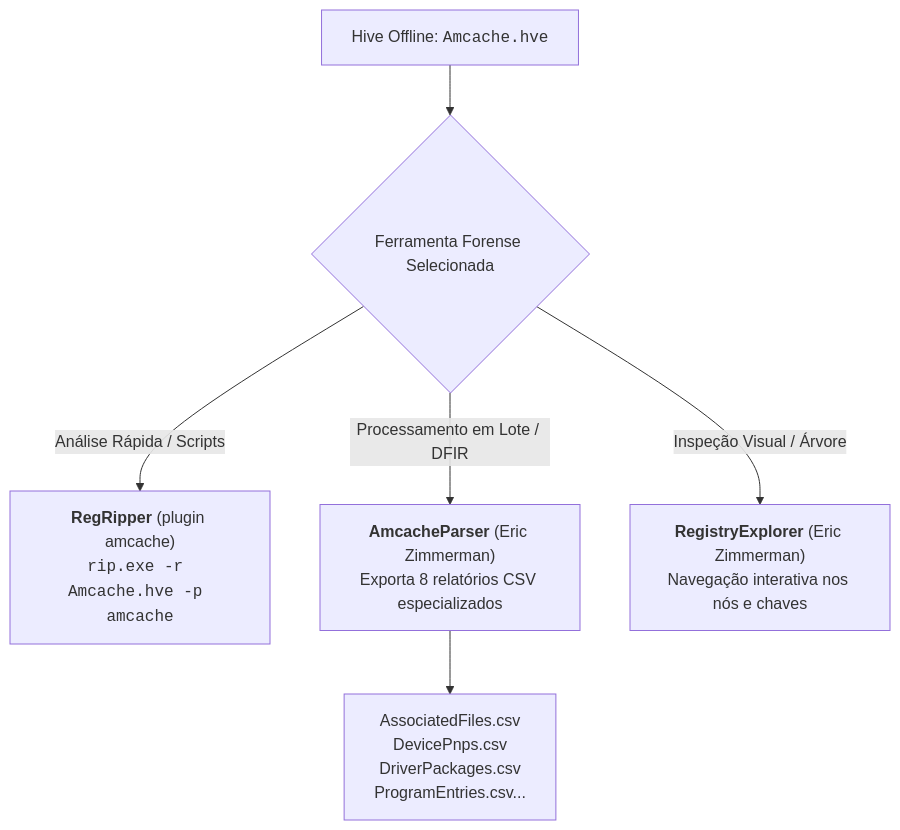
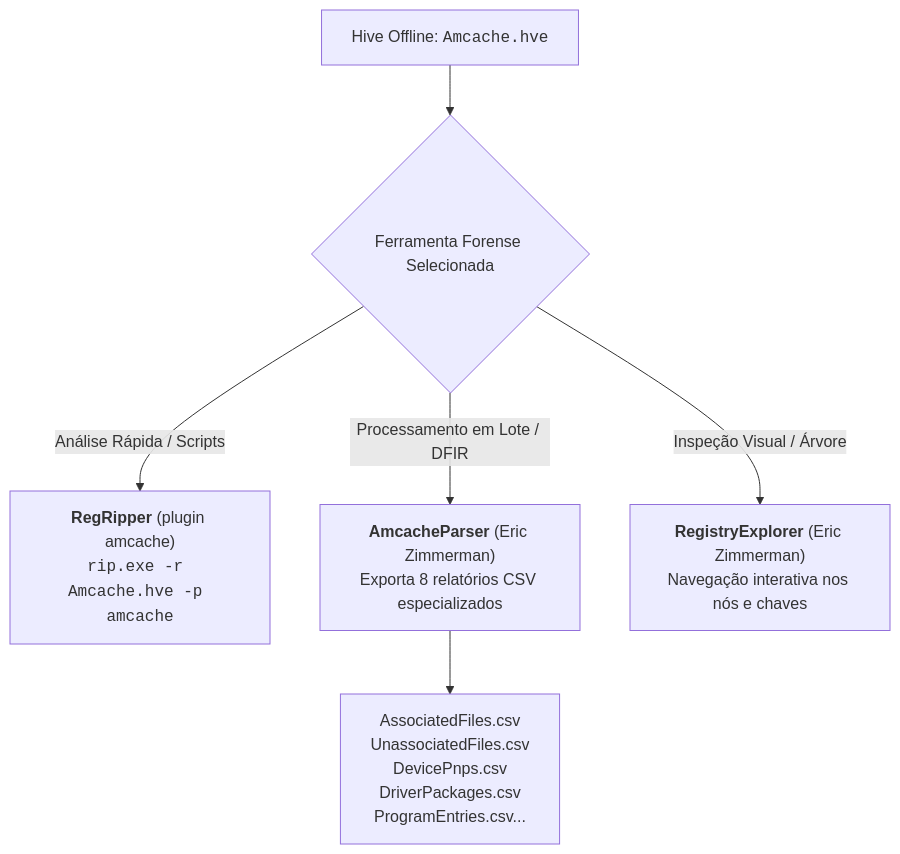
The first of 2 diagrams in ASSI/Capítulo 01 - Sistemas Operativos, Serviços e Artefactos/11 - ShimCache e AmCache/Extração da AmCache e Comparação Forense com a ShimCache.md (IanR0sal3s/MCIF-Vault), drawn with Mermaid before and after one commit. The commit also changed other lines of this file and 140 other files, not shown here.

````diff
--- a/ASSI/Capítulo 01 - Sistemas Operativos, Serviços e Artefactos/11 - ShimCache e AmCache/Extração da AmCache e Comparação Forense com a ShimCache.md
+++ b/ASSI/Capítulo 01 - Sistemas Operativos, Serviços e Artefactos/11 - ShimCache e AmCache/Extração da AmCache e Comparação Forense com a ShimCache.md
@@ -54,10 +60,10 @@
 ```mermaid
 flowchart TD
     AmcacheFile["Hive Offline: <code>Amcache.hve</code>"] --> ToolChoice{"Ferramenta Forense Selecionada"}
     
     ToolChoice -- "Análise Rápida / Scripts" --> RR["<b>RegRipper</b> (plugin amcache)<br/><code>rip.exe -r Amcache.hve -p amcache</code>"]
     ToolChoice -- "Processamento em Lote / DFIR" --> AP["<b>AmcacheParser</b> (Eric Zimmerman)<br/>Exporta 8 relatórios CSV especializados"]
     ToolChoice -- "Inspeção Visual / Árvore" --> RE["<b>RegistryExplorer</b> (Eric Zimmerman)<br/>Navegação interativa nos nós e chaves"]
 
-    AP --> CSVs["AssociatedFiles.csv<br/>DevicePnps.csv<br/>DriverPackages.csv<br/>ProgramEntries.csv..."]
+    AP --> CSVs["AssociatedFiles.csv<br/>UnassociatedFiles.csv<br/>DevicePnps.csv<br/>DriverPackages.csv<br/>ProgramEntries.csv..."]
 ```
````
